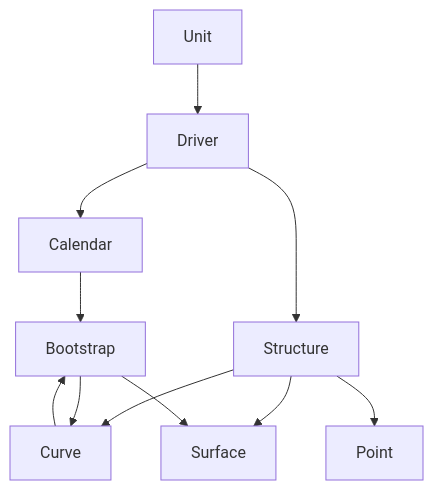
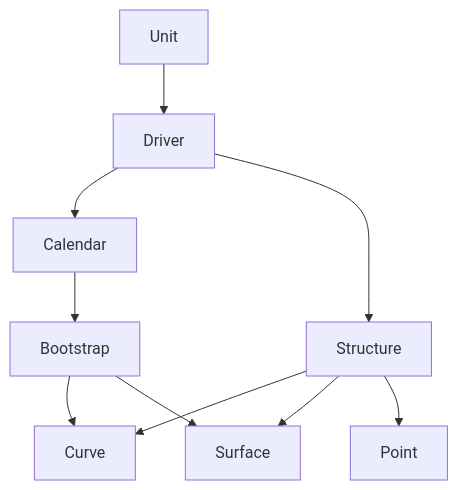
The diagram in README.md (tristanvandevelde/finstruct), drawn with Mermaid before and after one commit.

````diff
--- a/README.md
+++ b/README.md
@@ -32,13 +32,12 @@
 ```mermaid
 graph TD;
     Unit-->Driver;
     Driver-->Calendar;
     Driver-->Structure;
     Structure-->Curve;
     Structure-->Surface;
     Structure-->Point;
     Calendar-->Bootstrap;
     Bootstrap-->Curve;
-    Curve-->Bootstrap;
     Bootstrap-->Surface;
 ```
````
